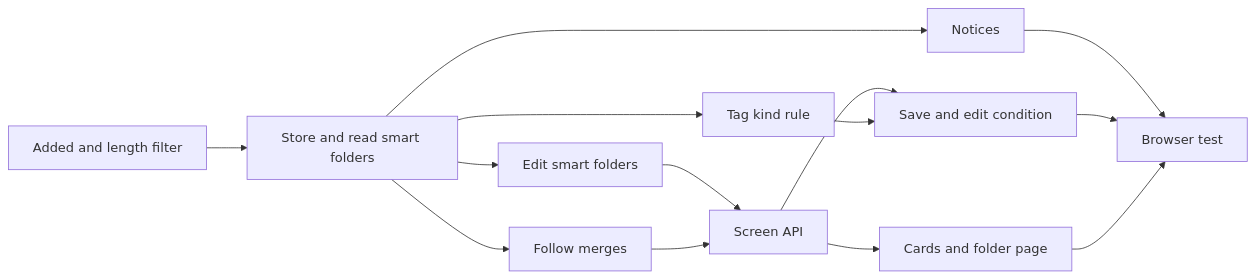
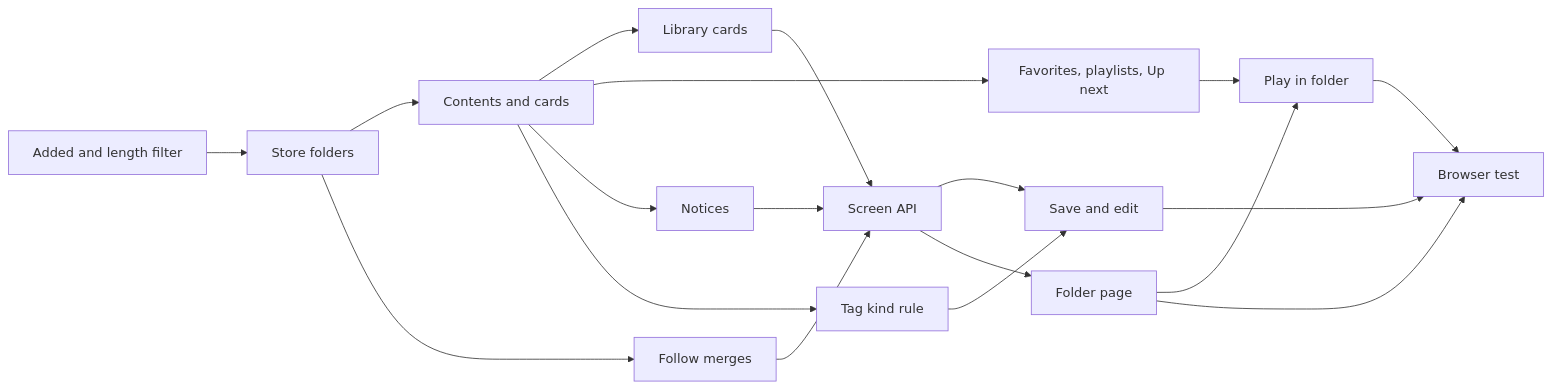
Before and after one commit to syudead/vv: the second of 2 diagrams in specs/052-smart-folders/plan.md, drawn with Mermaid. The commit also changed other lines of this file and 3 other files, not shown here.

First line of the commit message:
plan(052): revise to condition-only smart folders with inherited nesting

````diff
--- a/specs/052-smart-folders/plan.md
+++ b/specs/052-smart-folders/plan.md
@@ -142,16 +138,21 @@
 ```mermaid
 flowchart LR
-  facts[Added and length filter] --> read[Store and read smart folders]
-  read --> edit[Edit smart folders]
-  read --> merge[Follow merges]
-  read --> kind[Tag kind rule]
-  read --> notice[Notices]
-  edit --> api[Screen API]
+  facts[Added and length filter] --> store[Store folders]
+  store --> contents[Contents and cards]
+  store --> merge[Follow merges]
+  contents --> lib[Library cards]
+  contents --> keys[Favorites, playlists, Up next]
+  contents --> notice[Notices]
+  contents --> kind[Tag kind rule]
+  lib --> api[Screen API]
   merge --> api
-  api --> save[Save and edit condition]
+  notice --> api
+  api --> save[Save and edit]
   kind --> save
-  api --> page[Cards and folder page]
-  notice --> e2e
+  api --> page[Folder page]
+  keys --> play[Play in folder]
+  page --> play
   save --> e2e[Browser test]
   page --> e2e
+  play --> e2e
 ```
````
